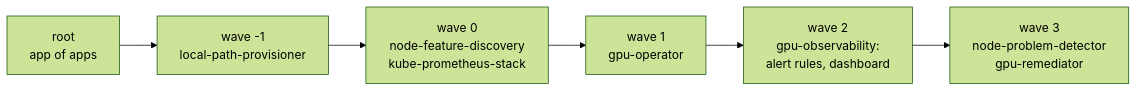
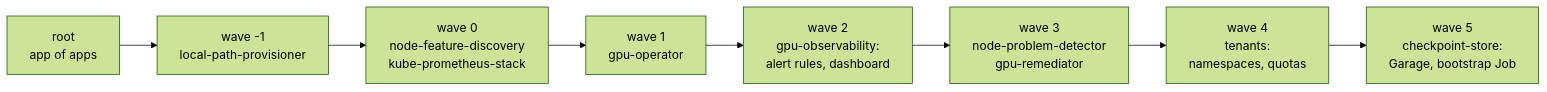
One commit to yassineteimi/nvidia-gpu-fleet-poc changed the sixth of 6 diagrams in docs/architecture.md. Above: the diagram before and after it, drawn with Mermaid (forest theme). The commit also changed other lines of this file and 42 other files, not shown here.

First line of the commit message:
Session D1: tenants, Garage checkpoint store, goodput trainer, D2 scripts

````diff
--- a/docs/architecture.md
+++ b/docs/architecture.md
@@ -224,11 +231,13 @@
 ```mermaid
 flowchart LR
   root["root<br/>app of apps"]
   w_1["wave -1<br/>local-path-provisioner"]
   w0["wave 0<br/>node-feature-discovery<br/>kube-prometheus-stack"]
   w1["wave 1<br/>gpu-operator"]
   w2["wave 2<br/>gpu-observability:<br/>alert rules, dashboard"]
   w3["wave 3<br/>node-problem-detector<br/>gpu-remediator"]
+  w4["wave 4<br/>tenants:<br/>namespaces, quotas"]
+  w5["wave 5<br/>checkpoint-store:<br/>Garage, bootstrap Job"]
 
-  root --> w_1 --> w0 --> w1 --> w2 --> w3
+  root --> w_1 --> w0 --> w1 --> w2 --> w3 --> w4 --> w5
 ```
````
